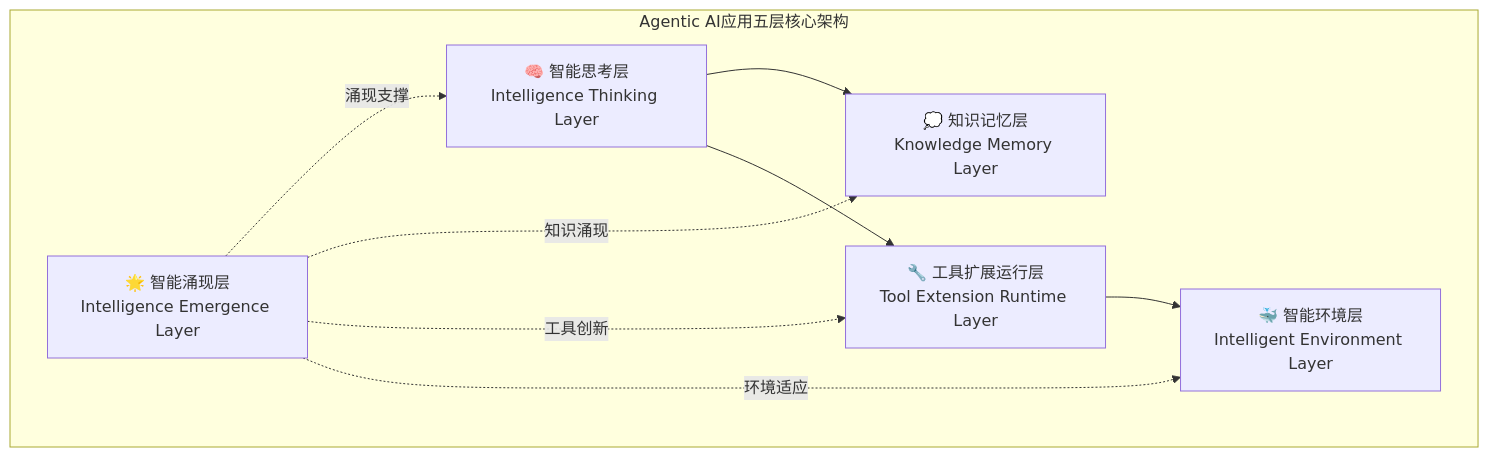
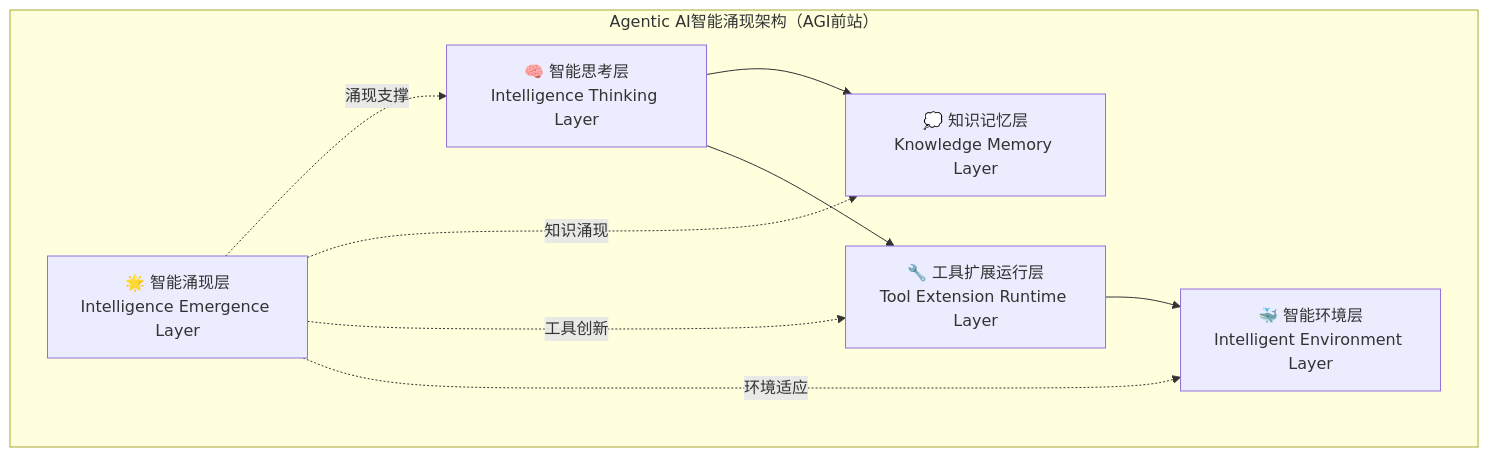
Before and after one commit to youyoude/agi-app-dev-guide-book: the seventh of 14 diagrams in 前言部分/从多智能体到AGI应用概念探索.md, drawn with Mermaid. The commit also changed other lines of this file, not shown here.

````diff
--- a/前言部分/从多智能体到AGI应用概念探索.md
+++ b/前言部分/从多智能体到AGI应用概念探索.md
@@ -379,19 +356,19 @@
 ```mermaid
 graph TB
-    subgraph "Agentic AI应用五层核心架构"
+    subgraph "Agentic AI智能涌现架构（AGI前站）"
         IE["🌟 智能涌现层<br/>Intelligence Emergence Layer"]
         IT["🧠 智能思考层<br/>Intelligence Thinking Layer"]
         KM["💭 知识记忆层<br/>Knowledge Memory Layer"]
         TR["🔧 工具扩展运行层<br/>Tool Extension Runtime Layer"]
         ENV["🐳 智能环境层<br/>Intelligent Environment Layer"]
     end
     
     IE -.->|涌现支撑| IT
     IE -.->|知识涌现| KM  
     IE -.->|工具创新| TR
     IE -.->|环境适应| ENV
     
     IT --> KM
     IT --> TR
     TR --> ENV
 ```
````
